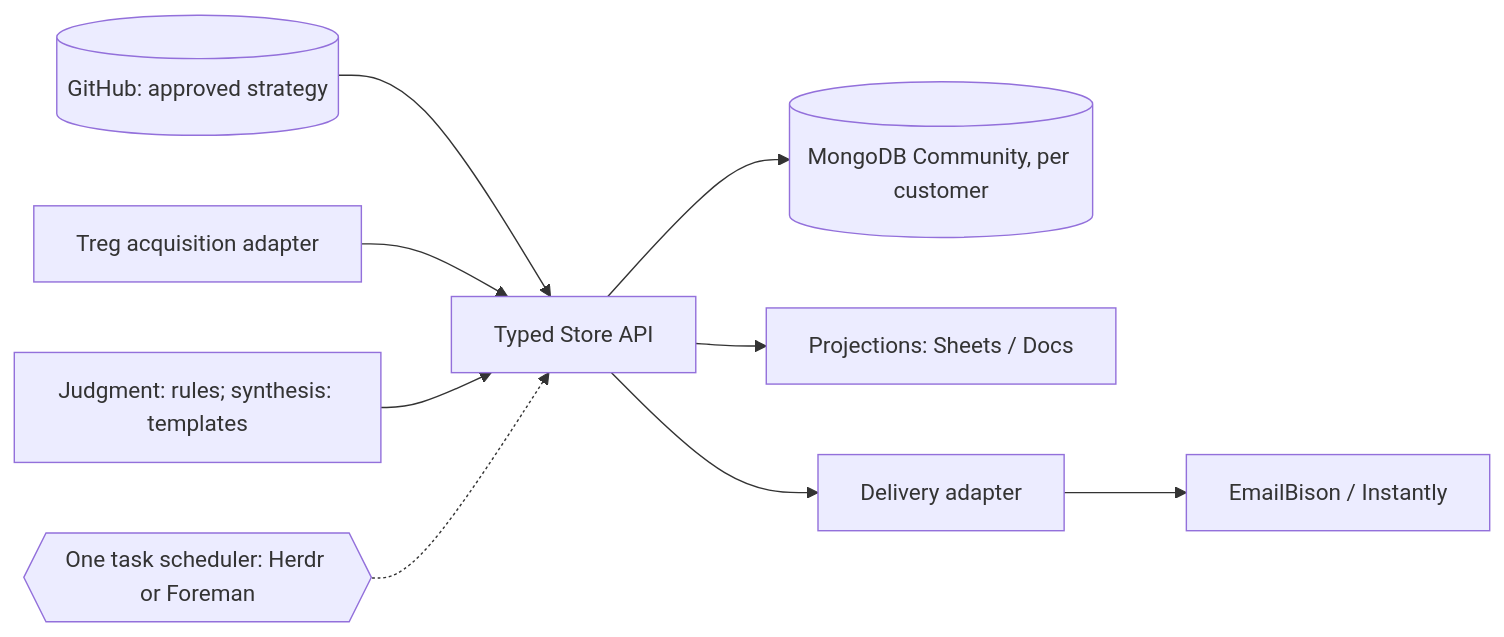
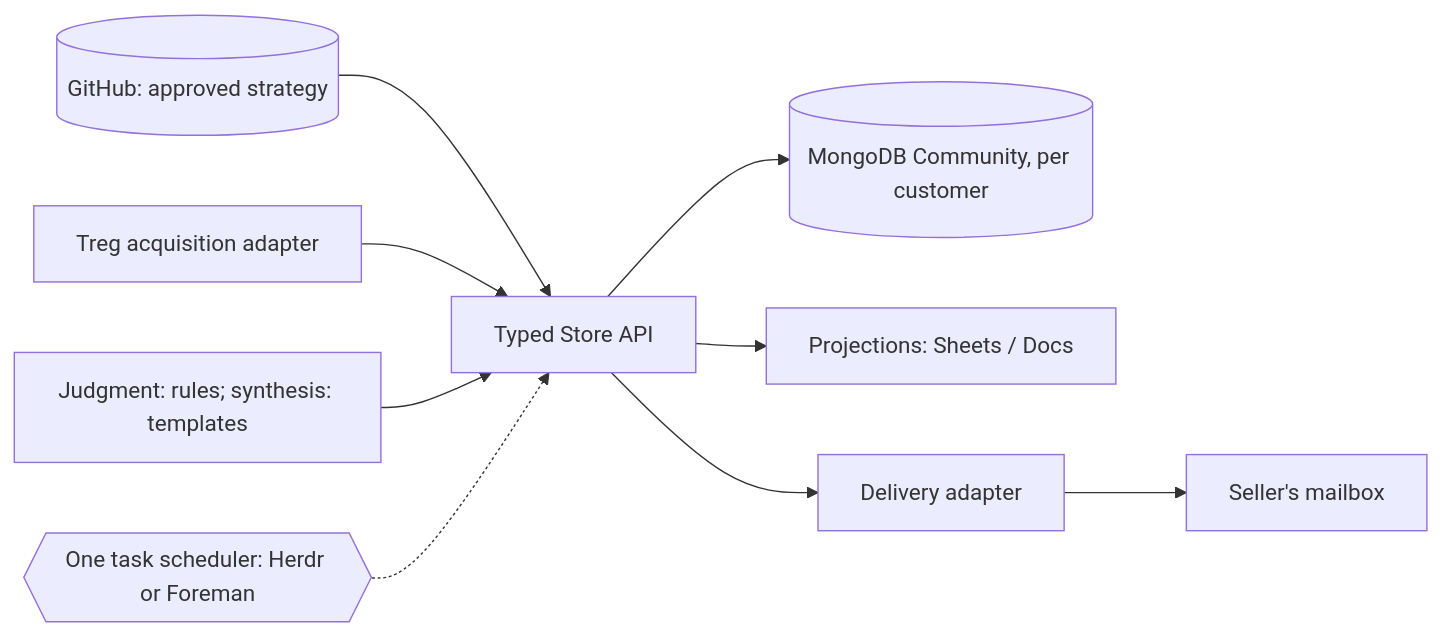
One commit to AuggieGTM/auggie-harness changed the third of 3 diagrams in docs/architecture.md. Above: the diagram before and after it, drawn with Mermaid. The commit also changed other lines of this file and 4 other files, not shown here.

First line of the commit message:
Accept ADR 0020: one delivery adapter per sending platform

````diff
--- a/docs/architecture.md
+++ b/docs/architecture.md
@@ -85,10 +85,10 @@
 ```mermaid
 flowchart LR
   G[(GitHub: approved strategy)] --> S
   T[Treg acquisition adapter] --> S
   J[Judgment: rules; synthesis: templates] --> S
   S[Typed Store API] --> M[(MongoDB Community, per customer)]
   S --> P[Projections: Sheets / Docs]
-  S --> DA[Delivery adapter] --> E[EmailBison / Instantly]
+  S --> DA[Delivery adapter] --> E[Seller's mailbox]
   R{{One task scheduler: Herdr or Foreman}} -.-> S
 ```
````
